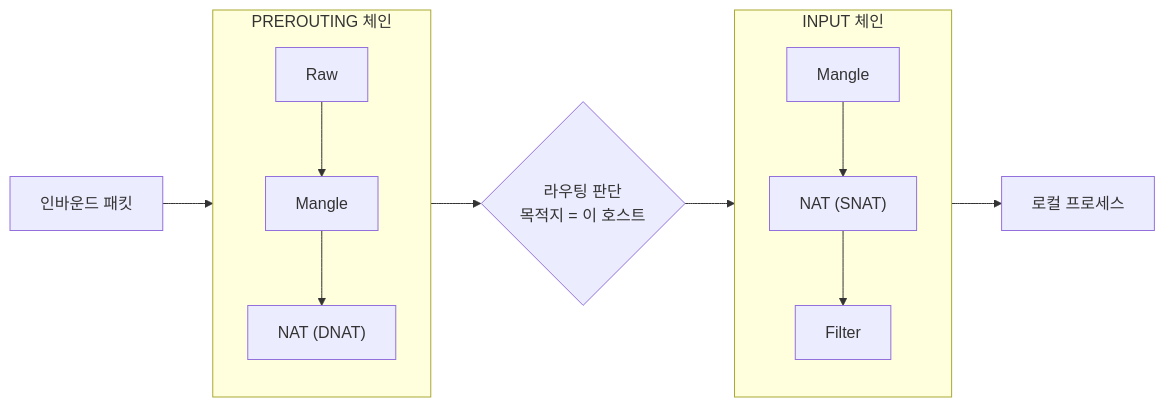
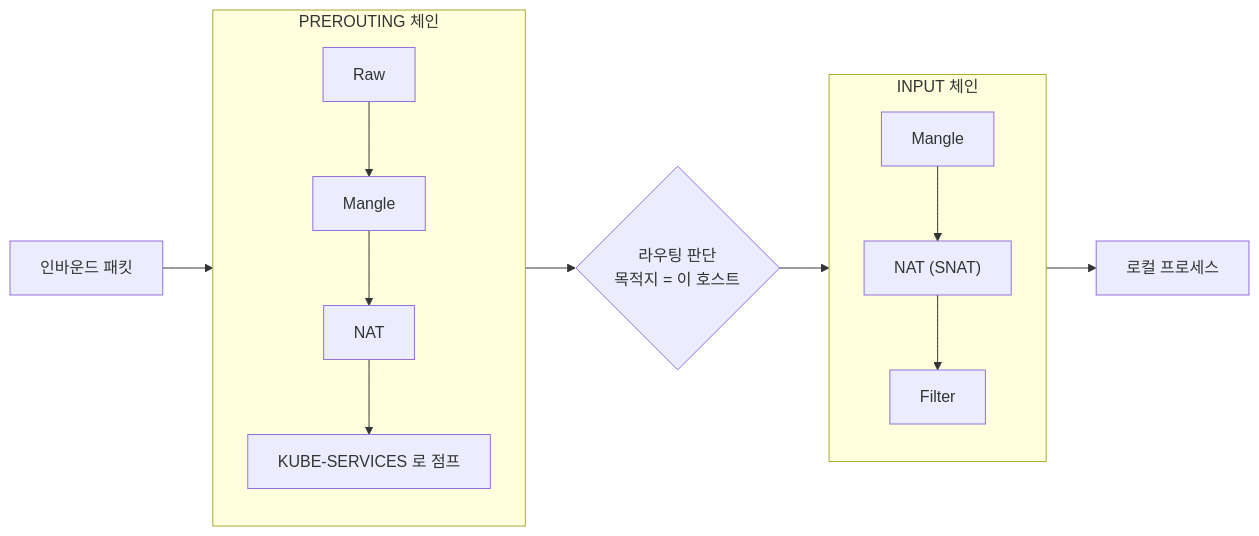
The diagram in write/08_cloud/book/networking-and-kubernetes/02-02.iptables·IPVS·eBPF — kube-proxy를 이해하는 세 기술.md (scofe97/StduyWrite), drawn with Mermaid before and after one commit. The commit also changed other lines of this file and 16 other files, not shown here.

````diff
--- a/write/08_cloud/book/networking-and-kubernetes/02-02.iptables·IPVS·eBPF — kube-proxy를 이해하는 세 기술.md
+++ b/write/08_cloud/book/networking-and-kubernetes/02-02.iptables·IPVS·eBPF — kube-proxy를 이해하는 세 기술.md
@@ -98,10 +119,10 @@
 ```mermaid
 flowchart LR
     subgraph pre["PREROUTING 체인"]
-        r1["Raw"] --> m1["Mangle"] --> n1["NAT (DNAT)"]
+        r1["Raw"] --> m1["Mangle"] --> n1["NAT"] --> j1["KUBE-SERVICES 로 점프"]
     end
     subgraph inp["INPUT 체인"]
         m2["Mangle"] --> n2["NAT (SNAT)"] --> f2["Filter"]
     end
     pkt["인바운드 패킷"] --> pre --> route{"라우팅 판단<br>목적지 = 이 호스트"} --> inp --> proc["로컬 프로세스"]
 ```
````
